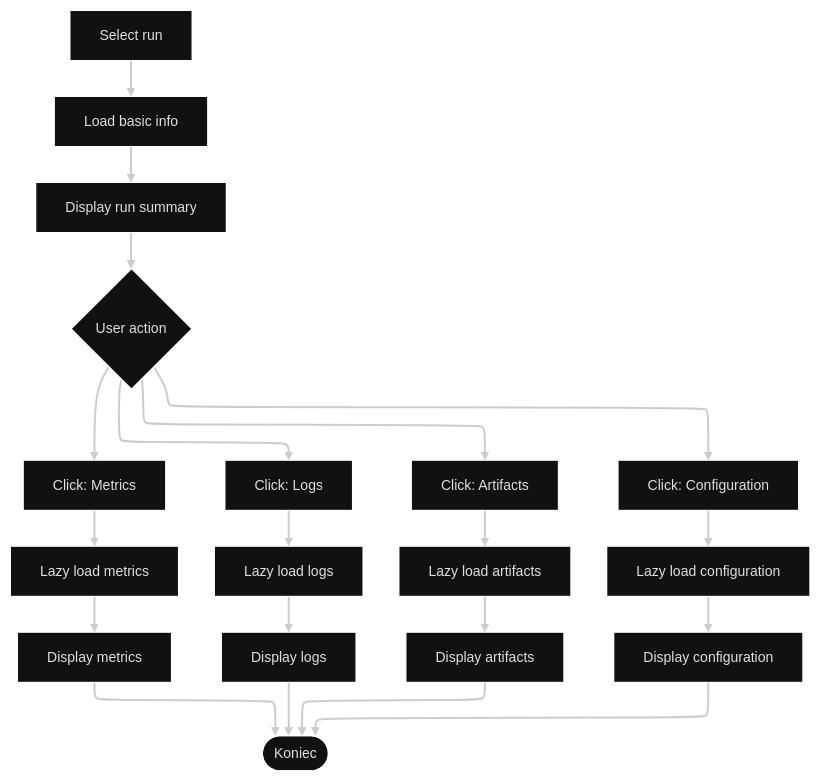
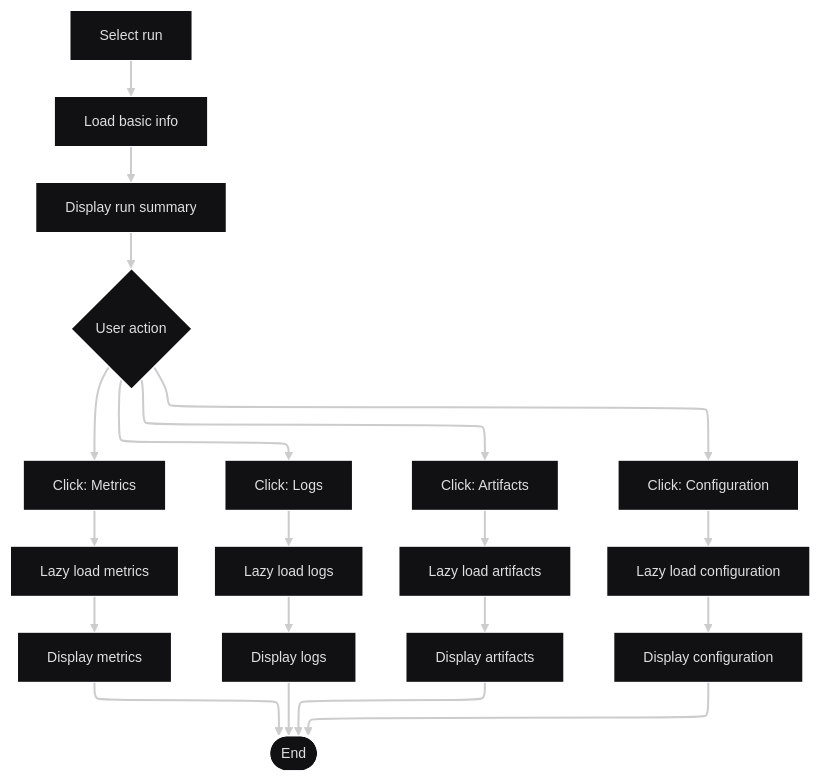
Diagram 15 of 33 in docs/requirements/use-cases.md (jedrzejpolaczek/aviarium.corvidae.corvus_corone), drawn with Mermaid before and after one commit. The commit also changed other lines of this file and 12 other files, not shown here.

````diff
--- a/docs/requirements/use-cases.md
+++ b/docs/requirements/use-cases.md
@@ -678,24 +678,24 @@
 ```mermaid
 ---
 config:
   theme: redux-dark
   layout: elk
 ---
 flowchart TB
     SelectRun["Select run"] --> LoadBasic["Load basic info"]
     LoadBasic --> ShowRunSummary["Display run summary"]
     ShowRunSummary --> UserAction{"User action"}
     UserAction --> ViewMetrics["Click: Metrics"] & ViewLogs["Click: Logs"] & ViewArtifacts["Click: Artifacts"] & ViewConfig["Click: Configuration"]
     ViewMetrics --> LazyLoadMetrics["Lazy load metrics"]
     ViewLogs --> LazyLoadLogs["Lazy load logs"]
     ViewArtifacts --> LazyLoadArtifacts["Lazy load artifacts"]
     ViewConfig --> LazyLoadConfig["Lazy load configuration"]
     LazyLoadMetrics --> ShowMetrics["Display metrics"]
     LazyLoadLogs --> ShowLogs["Display logs"]
     LazyLoadArtifacts --> ShowArtifacts["Display artifacts"]
     LazyLoadConfig --> ShowConfig["Display configuration"]
-    ShowMetrics --> End(["Koniec"])
+    ShowMetrics --> End(["End"])
     ShowLogs --> End
     ShowArtifacts --> End
     ShowConfig --> End
 ```
````
